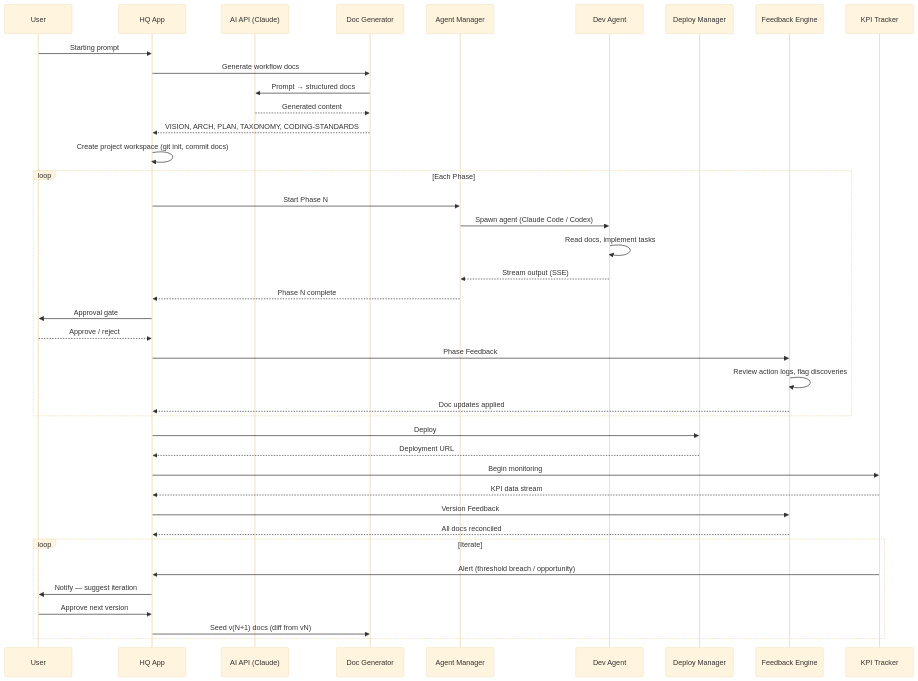
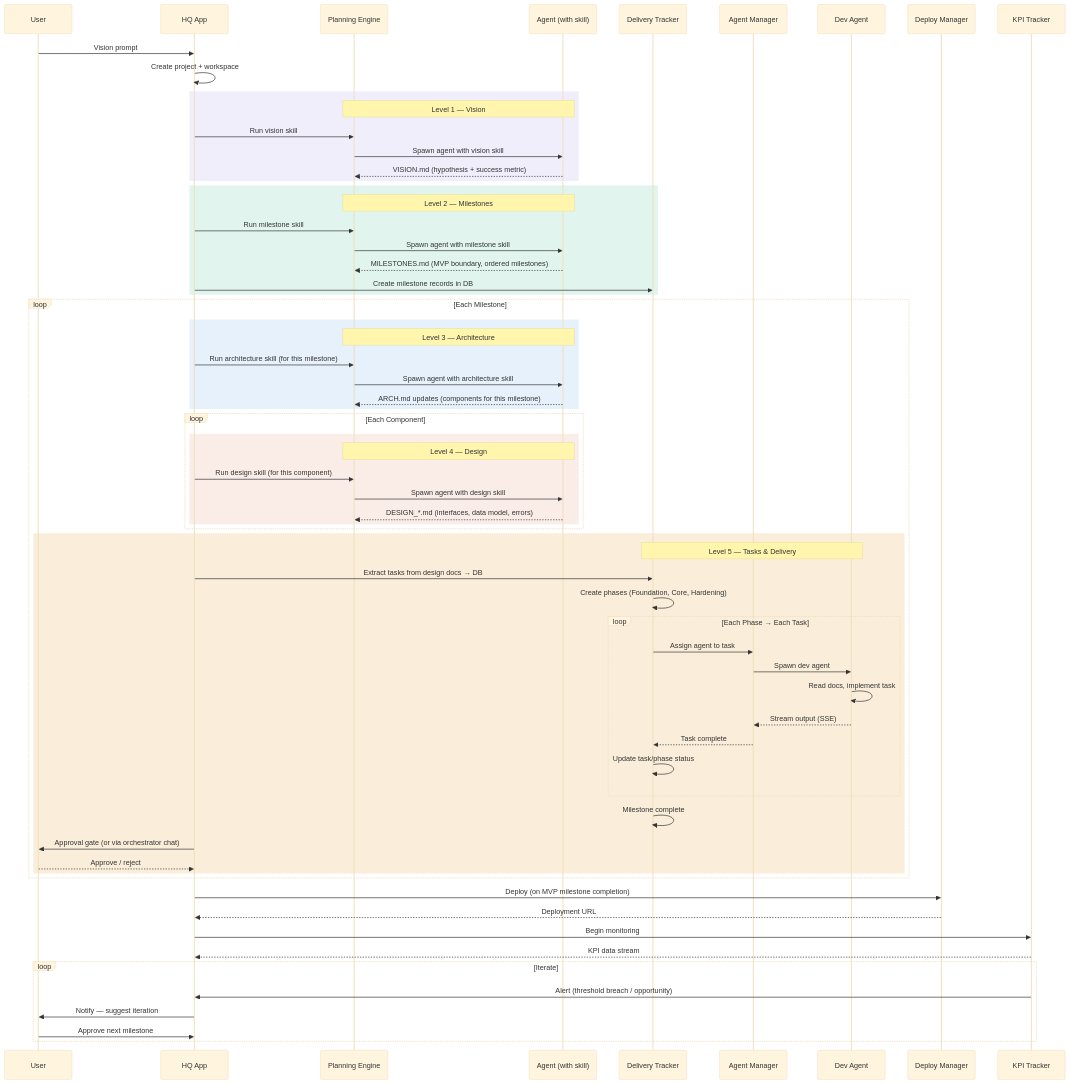
One commit to operator-auteng-ai/hq changed the fourth of 5 diagrams in docs/ARCH.md. Above: the diagram before and after it, drawn with Mermaid (base theme). The commit also changed other lines of this file and 1 other file, not shown here.

First line of the commit message:
docs: reframe VISION and ARCH around 0-to-$1 decomposition methodology

````diff
--- a/docs/ARCH.md
+++ b/docs/ARCH.md
@@ -93,47 +155,78 @@
 ```mermaid
 sequenceDiagram
     participant U as User
     participant HQ as HQ App
-    participant AI as AI API (Claude)
-    participant DG as Doc Generator
+    participant PE as Planning Engine
+    participant A as Agent (with skill)
+    participant DT as Delivery Tracker
     participant AM as Agent Manager
-    participant A as Dev Agent
+    participant DA as Dev Agent
     participant D as Deploy Manager
-    participant F as Feedback Engine
     participant K as KPI Tracker
 
-    U->>HQ: Starting prompt
-    HQ->>DG: Generate workflow docs
-    DG->>AI: Prompt → structured docs
-    AI-->>DG: Generated content
-    DG-->>HQ: VISION, ARCH, PLAN, TAXONOMY, CODING-STANDARDS
-    HQ->>HQ: Create project workspace (git init, commit docs)
+    U->>HQ: Vision prompt
+    HQ->>HQ: Create project + workspace
 
-    loop Each Phase
-        HQ->>AM: Start Phase N
-        AM->>A: Spawn agent (Claude Code / Codex)
-        A->>A: Read docs, implement tasks
-        A-->>AM: Stream output (SSE)
-        AM-->>HQ: Phase N complete
-        HQ->>U: Approval gate
-        U-->>HQ: Approve / reject
-        HQ->>F: Phase Feedback
-        F->>F: Review action logs, flag discoveries
-        F-->>HQ: Doc updates applied
+    rect rgb(240, 238, 250)
+    Note over PE,A: Level 1 — Vision
+    HQ->>PE: Run vision skill
+    PE->>A: Spawn agent with vision skill
+    A-->>PE: VISION.md (hypothesis + success metric)
     end
 
-    HQ->>D: Deploy
+    rect rgb(225, 245, 238)
+    Note over PE,A: Level 2 — Milestones
+    HQ->>PE: Run milestone skill
+    PE->>A: Spawn agent with milestone skill
+    A-->>PE: MILESTONES.md (MVP boundary, ordered milestones)
+    HQ->>DT: Create milestone records in DB
+    end
+
+    loop Each Milestone
+        rect rgb(230, 241, 251)
+        Note over PE,A: Level 3 — Architecture
+        HQ->>PE: Run architecture skill (for this milestone)
+        PE->>A: Spawn agent with architecture skill
+        A-->>PE: ARCH.md updates (components for this milestone)
+        end
+
+        loop Each Component
+            rect rgb(250, 236, 231)
+            Note over PE,A: Level 4 — Design
+            HQ->>PE: Run design skill (for this component)
+            PE->>A: Spawn agent with design skill
+            A-->>PE: DESIGN_*.md (interfaces, data model, errors)
+            end
+        end
+
+        rect rgb(250, 238, 218)
+        Note over DT,DA: Level 5 — Tasks & Delivery
+        HQ->>DT: Extract tasks from design docs → DB
+        DT->>DT: Create phases (Foundation, Core, Hardening)
+
+        loop Each Phase → Each Task
+            DT->>AM: Assign agent to task
+            AM->>DA: Spawn dev agent
+            DA->>DA: Read docs, implement task
+            DA-->>AM: Stream output (SSE)
+            AM-->>DT: Task complete
+            DT->>DT: Update task/phase status
+        end
+
+        DT->>DT: Milestone complete
+        HQ->>U: Approval gate (or via orchestrator chat)
+        U-->>HQ: Approve / reject
+        end
+    end
+
+    HQ->>D: Deploy (on MVP milestone completion)
     D-->>HQ: Deployment URL
     HQ->>K: Begin monitoring
     K-->>HQ: KPI data stream
 
-    HQ->>F: Version Feedback
-    F-->>HQ: All docs reconciled
-
     loop Iterate
         K->>HQ: Alert (threshold breach / opportunity)
         HQ->>U: Notify — suggest iteration
-        U->>HQ: Approve next version
-        HQ->>DG: Seed v(N+1) docs (diff from vN)
+        U->>HQ: Approve next milestone
     end
 ```
````
